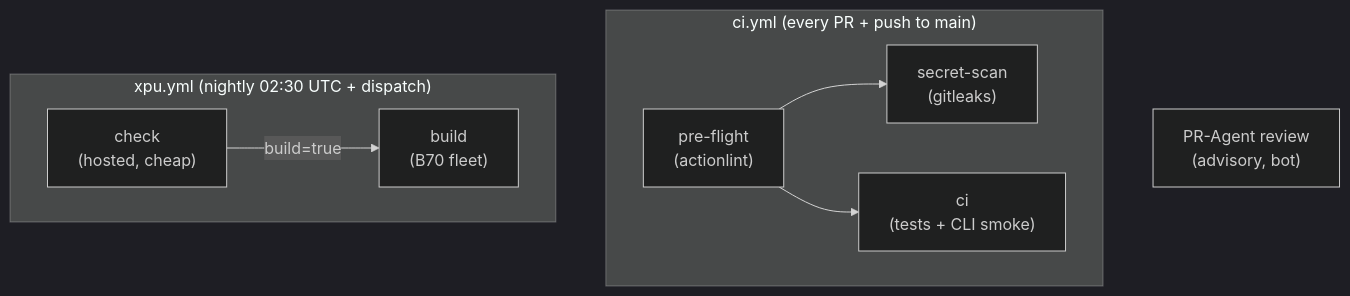
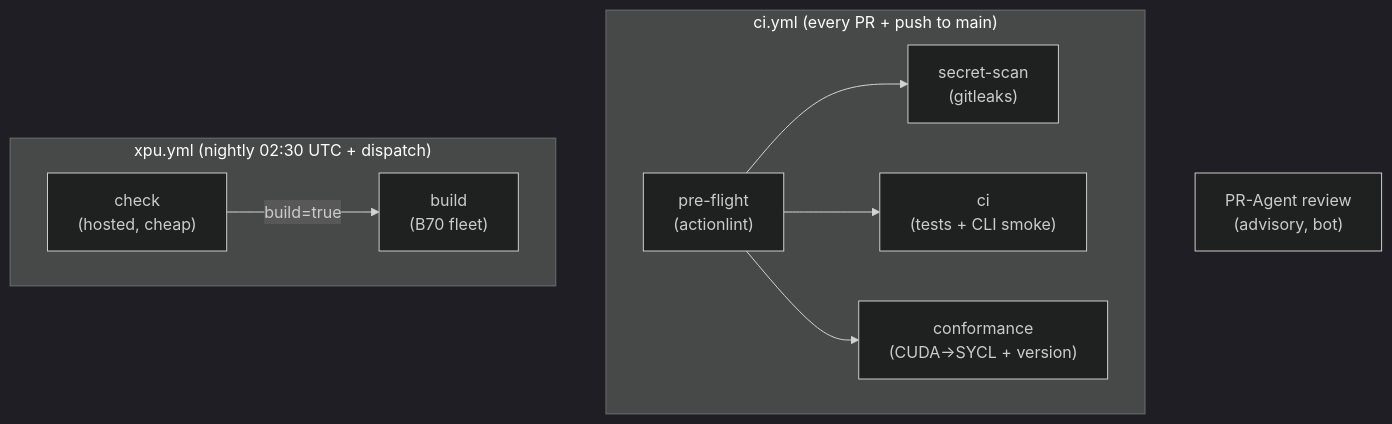
Before and after one commit to Performant-Labs/FreeToken-Intel: the diagram in docs/ci.md, drawn with Mermaid (dark theme). The commit also changed other lines of this file and 4 other files, not shown here.

First line of the commit message:
ci: add conformance gate enforcing the CUDA->SYCL invariants (#46)

````diff
--- a/docs/ci.md
+++ b/docs/ci.md
@@ -16,11 +16,12 @@
 ```mermaid
 flowchart TD
     subgraph "ci.yml (every PR + push to main)"
         PF["pre-flight<br/>(actionlint)"] --> SS["secret-scan<br/>(gitleaks)"]
         PF --> CI["ci<br/>(tests + CLI smoke)"]
+        PF --> CF["conformance<br/>(CUDA→SYCL + version)"]
     end
     subgraph "xpu.yml (nightly 02:30 UTC + dispatch)"
         CHK["check<br/>(hosted, cheap)"] -->|build=true| BLD["build<br/>(B70 fleet)"]
     end
     PR["PR-Agent review<br/>(advisory, bot)"]
 ```
````
